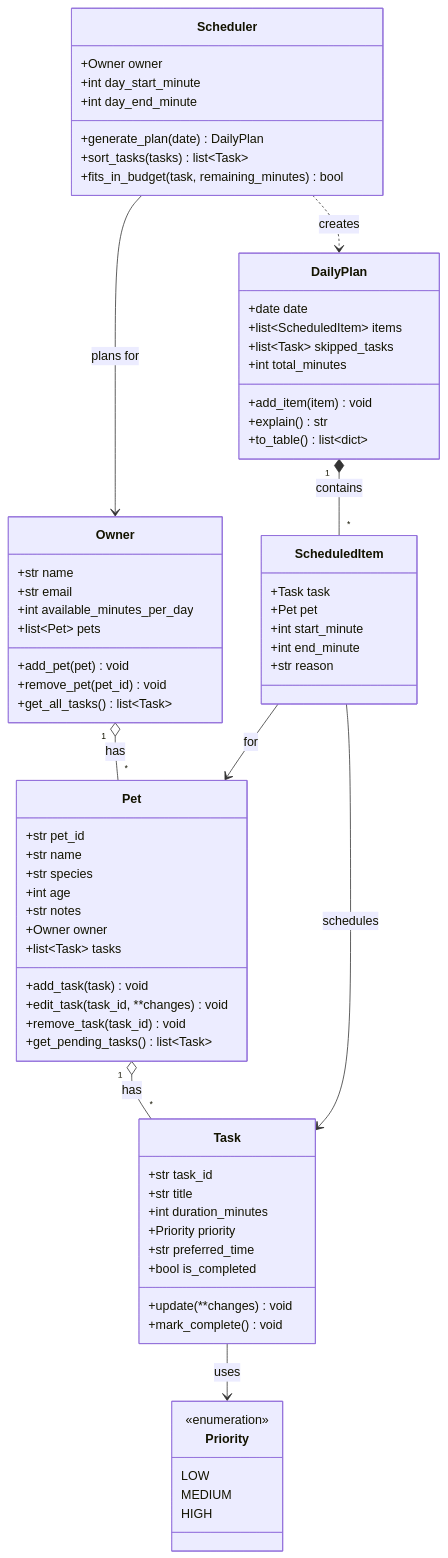
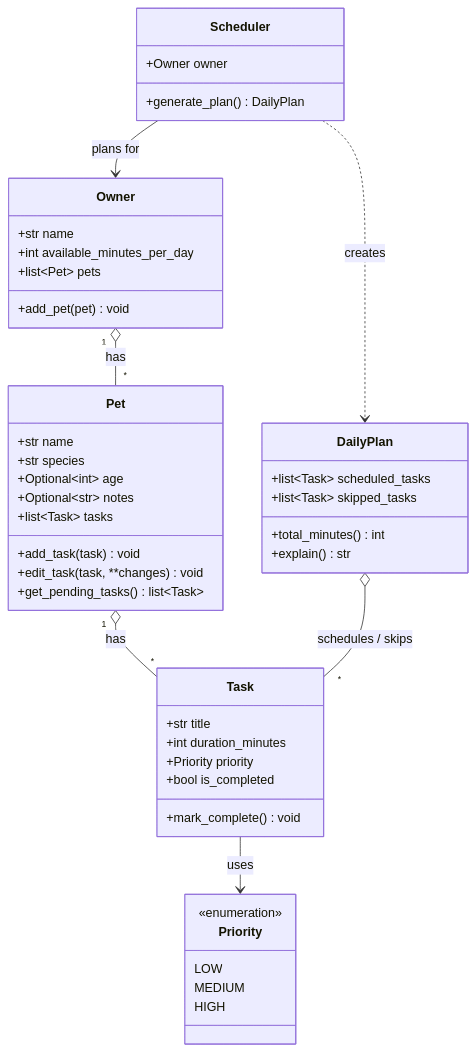
One commit to J0Fern/ai110-module2show-pawpal-starter changed the diagram in diagrams/uml.mmd. Above: the diagram before and after it, drawn with Mermaid.

Commit message:
2nd draft for the program UML design, removing unecessary fields and marking optional fields

```diff
--- a/diagrams/uml.mmd
+++ b/diagrams/uml.mmd
@@ -1,78 +1,54 @@
 classDiagram
+    %% Legend: fields typed Optional~T~ are optional (may be None); all other fields are required.
+
     class Owner {
         +str name
-        +str email
         +int available_minutes_per_day
         +list~Pet~ pets
         +add_pet(pet) void
-        +remove_pet(pet_id) void
-        +get_all_tasks() list~Task~
     }
 
     class Pet {
-        +str pet_id
         +str name
         +str species
-        +int age
-        +str notes
-        +Owner owner
+        +Optional~int~ age
+        +Optional~str~ notes
         +list~Task~ tasks
         +add_task(task) void
-        +edit_task(task_id, **changes) void
-        +remove_task(task_id) void
+        +edit_task(task, **changes) void
         +get_pending_tasks() list~Task~
     }
 
     class Task {
-        +str task_id
         +str title
         +int duration_minutes
         +Priority priority
-        +str preferred_time
         +bool is_completed
-        +update(**changes) void
         +mark_complete() void
     }
 
     class Priority {
         <<enumeration>>
         LOW
         MEDIUM
         HIGH
     }
 
     class Scheduler {
         +Owner owner
-        +int day_start_minute
-        +int day_end_minute
-        +generate_plan(date) DailyPlan
-        +sort_tasks(tasks) list~Task~
-        +fits_in_budget(task, remaining_minutes) bool
+        +generate_plan() DailyPlan
     }
 
     class DailyPlan {
-        +date date
-        +list~ScheduledItem~ items
+        +list~Task~ scheduled_tasks
         +list~Task~ skipped_tasks
-        +int total_minutes
-        +add_item(item) void
+        +total_minutes() int
         +explain() str
-        +to_table() list~dict~
-    }
-
-    class ScheduledItem {
-        +Task task
-        +Pet pet
-        +int start_minute
-        +int end_minute
-        +str reason
     }
 
     Owner "1" o-- "*" Pet : has
     Pet "1" o-- "*" Task : has
     Task --> Priority : uses
     Scheduler --> Owner : plans for
     Scheduler ..> DailyPlan : creates
-    DailyPlan "1" *-- "*" ScheduledItem : contains
-    ScheduledItem --> Task : schedules
-    ScheduledItem --> Pet : for
+    DailyPlan o-- "*" Task : schedules / skips
```
